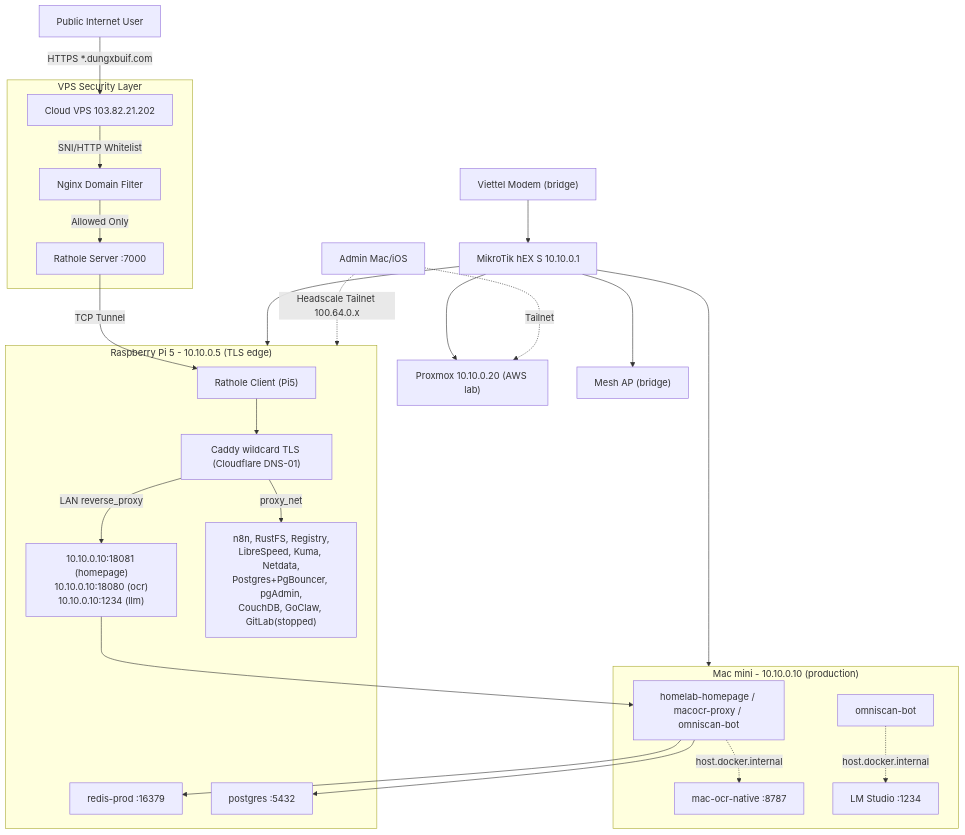
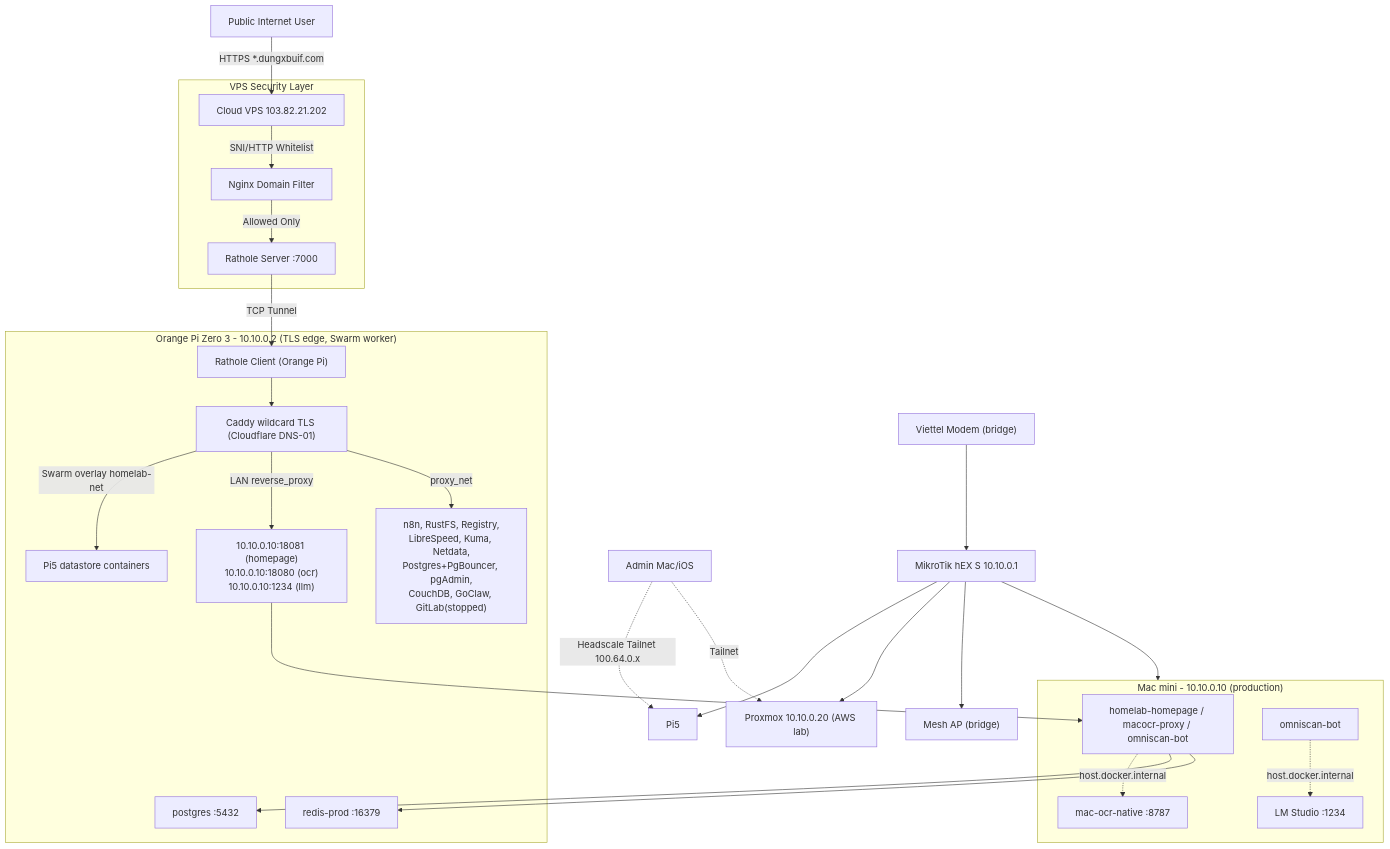
The diagram in docs/MAIN.md (dungxbuif/Homelab), drawn with Mermaid before and after one commit. The commit also changed other lines of this file and 8 other files, not shown here.

````diff
--- a/docs/MAIN.md
+++ b/docs/MAIN.md
@@ -86,36 +86,37 @@
 ```mermaid
 graph TD
     Internet["Public Internet User"] -->|HTTPS *.dungxbuif.com| VPS["Cloud VPS 103.82.21.202"]
     subgraph VPS_Security ["VPS Security Layer"]
         VPS -->|SNI/HTTP Whitelist| Nginx["Nginx Domain Filter"]
         Nginx -->|Allowed Only| RatholeServer["Rathole Server :7000"]
     end
-    RatholeServer -->|TCP Tunnel| RatholeClient["Rathole Client (Pi5)"]
+    RatholeServer -->|TCP Tunnel| RatholeClient["Rathole Client (Orange Pi)"]
 
-    subgraph Pi5 ["Raspberry Pi 5 - 10.10.0.5 (TLS edge)"]
+    subgraph OrangePi ["Orange Pi Zero 3 - 10.10.0.2 (TLS edge, Swarm worker)"]
         RatholeClient --> Caddy["Caddy wildcard TLS (Cloudflare DNS-01)"]
+        Caddy -->|Swarm overlay homelab-net| Pi5Backends["Pi5 datastore containers"]
         Caddy -->|LAN reverse_proxy| MacPorts["10.10.0.10:18081 (homepage)<br/>10.10.0.10:18080 (ocr)<br/>10.10.0.10:1234 (llm)"]
         Caddy -->|proxy_net| Pi5Apps["n8n, RustFS, Registry,<br/>LibreSpeed, Kuma, Netdata,<br/>Postgres+PgBouncer, pgAdmin,<br/>CouchDB, GoClaw, GitLab(stopped)"]
         Pi5Redis["redis-prod :16379"]
         Pi5Pg["postgres :5432"]
     end
 
     subgraph Mac ["Mac mini - 10.10.0.10 (production)"]
         MacPorts --> MacStack["homelab-homepage / macocr-proxy / omniscan-bot"]
         NativeOCR["mac-ocr-native :8787"]
         LMStudio["LM Studio :1234"]
         MacStack -.->|host.docker.internal| NativeOCR
         omniscanBot["omniscan-bot"] -.->|host.docker.internal| LMStudio
     end
     MacStack --> Pi5Pg
     MacStack --> Pi5Redis
 
     Modem["Viettel Modem (bridge)"] --> MikroTik["MikroTik hEX S 10.10.0.1"]
     MikroTik --> Pi5
     MikroTik --> Mac
     MikroTik --> Proxmox["Proxmox 10.10.0.20 (AWS lab)"]
     MikroTik --> MeshAP["Mesh AP (bridge)"]
 
     Admin["Admin Mac/iOS"] -.->|Headscale Tailnet 100.64.0.x| Pi5
     Admin -.->|Tailnet| Proxmox
 ```
````
